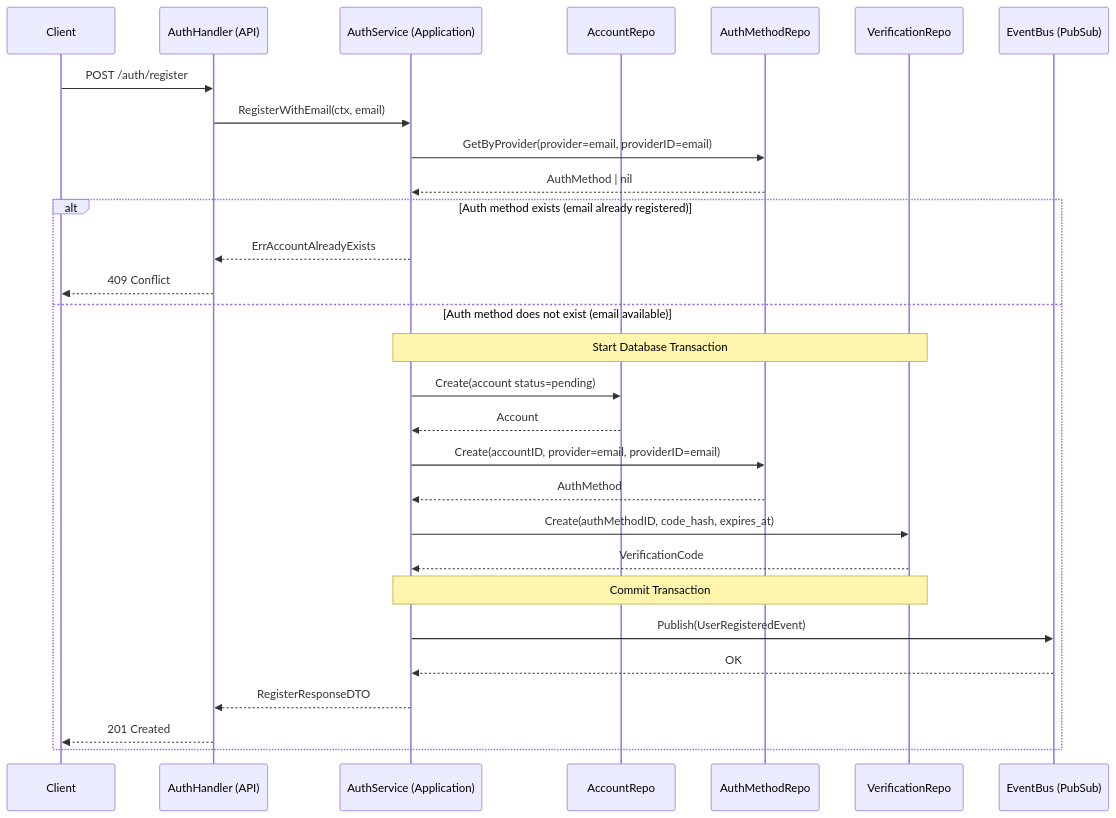
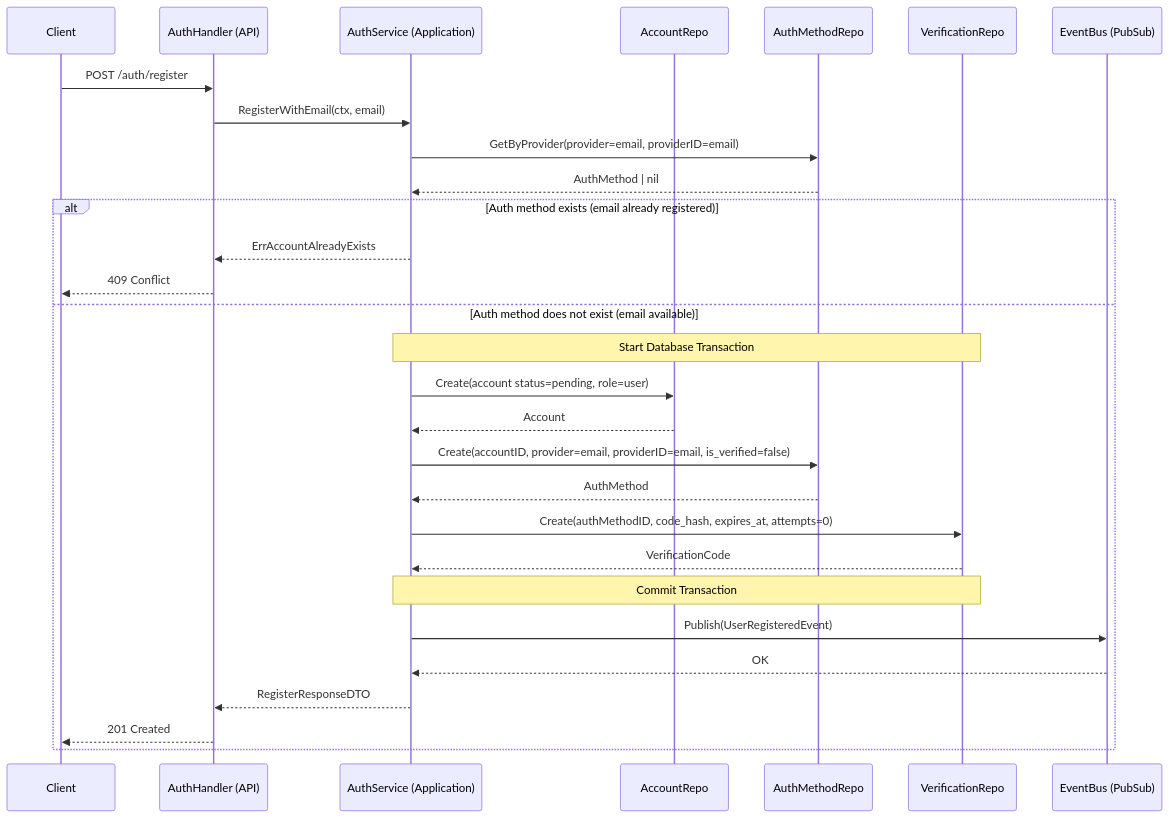
The diagram in docs/use-cases/register-with-email.md (TheJisus28/ranco-auth-service), drawn with Mermaid before and after one commit. The commit also changed other lines of this file, not shown here.

First line of the commit message:
docs: refine email verification use case documentation

````diff
--- a/docs/use-cases/register-with-email.md
+++ b/docs/use-cases/register-with-email.md
@@ -455,40 +90,41 @@
 ```mermaid
 sequenceDiagram
     participant C as Client
     participant H as AuthHandler (API)
     participant S as AuthService (Application)
     participant AR as AccountRepo
     participant AMR as AuthMethodRepo
     participant VR as VerificationRepo
     participant EB as EventBus (PubSub)
 
     C->>H: POST /auth/register
 
     H->>S: RegisterWithEmail(ctx, email)
 
     S->>AMR: GetByProvider(provider=email, providerID=email)
     AMR-->>S: AuthMethod | nil
 
     alt Auth method exists (email already registered)
         S-->>H: ErrAccountAlreadyExists
         H-->>C: 409 Conflict
     else Auth method does not exist (email available)
         Note over S, VR: Start Database Transaction
-        S->>AR: Create(account status=pending)
+
+        S->>AR: Create(account status=pending, role=user)
         AR-->>S: Account
 
-        S->>AMR: Create(accountID, provider=email, providerID=email)
+        S->>AMR: Create(accountID, provider=email, providerID=email, is_verified=false)
         AMR-->>S: AuthMethod
 
-        S->>VR: Create(authMethodID, code_hash, expires_at)
+        S->>VR: Create(authMethodID, code_hash, expires_at, attempts=0)
         VR-->>S: VerificationCode
+
         Note over S, VR: Commit Transaction
 
         S->>EB: Publish(UserRegisteredEvent)
         EB-->>S: OK
 
         S-->>H: RegisterResponseDTO
         H-->>C: 201 Created
     end
-
 ```
````
